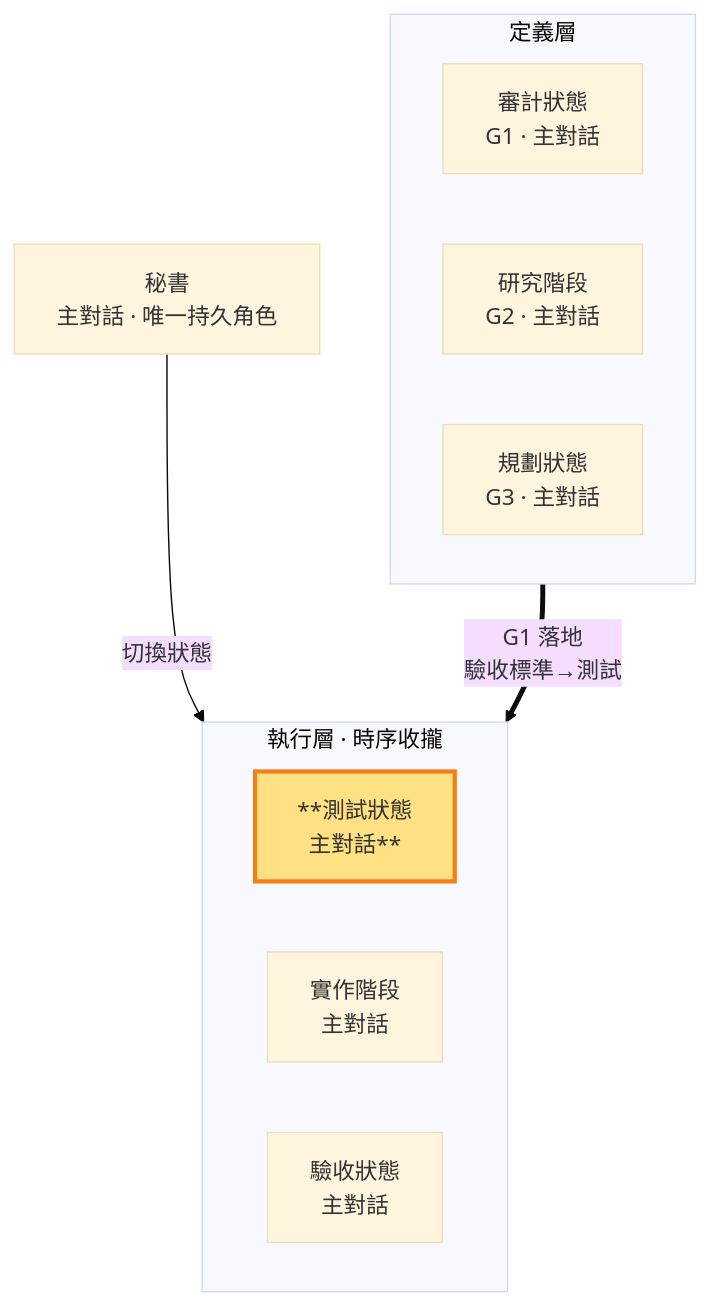
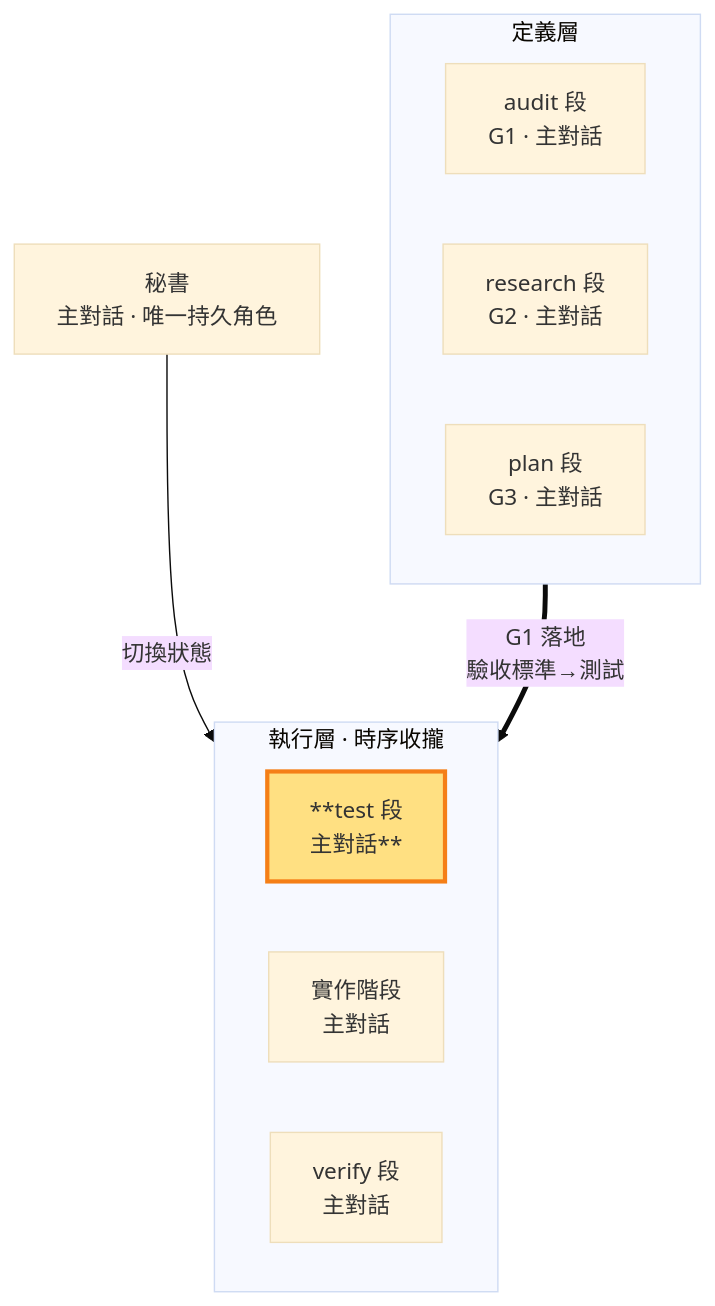
The diagram in skills/shiftblame/references/TEST.md (teps3105/shiftblame), drawn with Mermaid (base theme) before and after one commit. The commit also changed other lines of this file and 26 other files, not shown here.

````diff
--- a/skills/shiftblame/references/TEST.md
+++ b/skills/shiftblame/references/TEST.md
@@ -16,19 +16,19 @@
 ```mermaid
 flowchart TB
     SEC[秘書<br/>主對話 · 唯一持久角色]
     subgraph Consult["定義層"]
         direction LR
-        AUD["審計狀態<br/>G1 · 主對話"]
-        RES["研究階段<br/>G2 · 主對話"]
-        PLA["規劃狀態<br/>G3 · 主對話"]
+        AUD["audit 段<br/>G1 · 主對話"]
+        RES["research 段<br/>G2 · 主對話"]
+        PLA["plan 段<br/>G3 · 主對話"]
     end
     subgraph Build["執行層 · 時序收攏"]
         direction LR
-        TST["**測試狀態<br/>主對話**"]:::thisrole
+        TST["**test 段<br/>主對話**"]:::thisrole
         DEV["實作階段<br/>主對話"]
-        ACC["驗收狀態<br/>主對話"]
+        ACC["verify 段<br/>主對話"]
     end
     SEC -- 切換狀態 --> TST
     AUD == "G1 落地<br/>驗收標準→測試" ==> TST
     classDef thisrole fill:#ffe082,stroke:#f57f17,stroke-width:3px;
 ```
````
